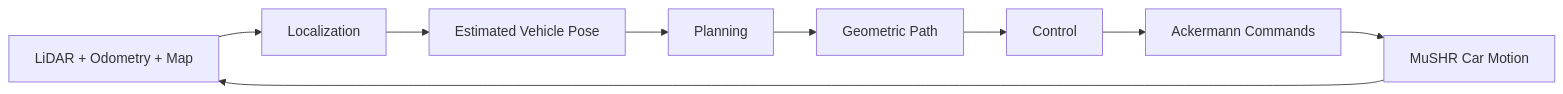
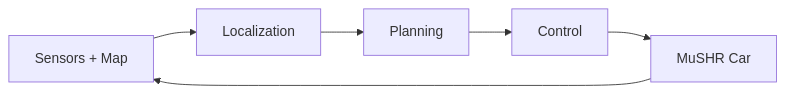
One commit to fanz23-cell/mushr478 changed the first of 6 diagrams in README.md. Above: the diagram before and after it, drawn with Mermaid.

````diff
--- a/README.md
+++ b/README.md
@@ -37,11 +37,9 @@
 ```mermaid
 flowchart LR
-    A[LiDAR + Odometry + Map] --> B[Localization]
-    B --> C[Estimated Vehicle Pose]
-    C --> D[Planning]
-    D --> E[Geometric Path]
-    E --> F[Control]
-    F --> G[Ackermann Commands]
-    G --> H[MuSHR Car Motion]
-    H --> A
+    A[Sensors + Map] --> B[Localization]
+    B --> C[Planning]
+    C --> D[Control]
+    D --> E[MuSHR Car]
+    E --> A
+
 ```
````
